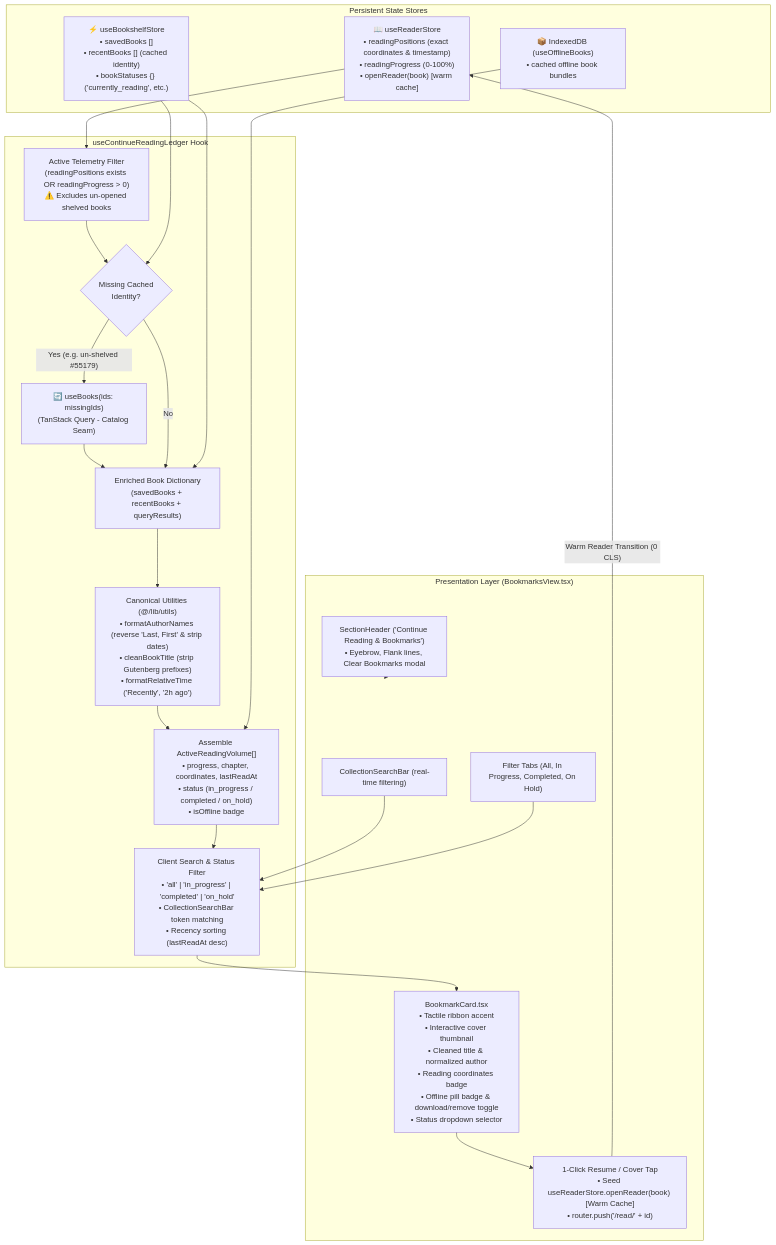
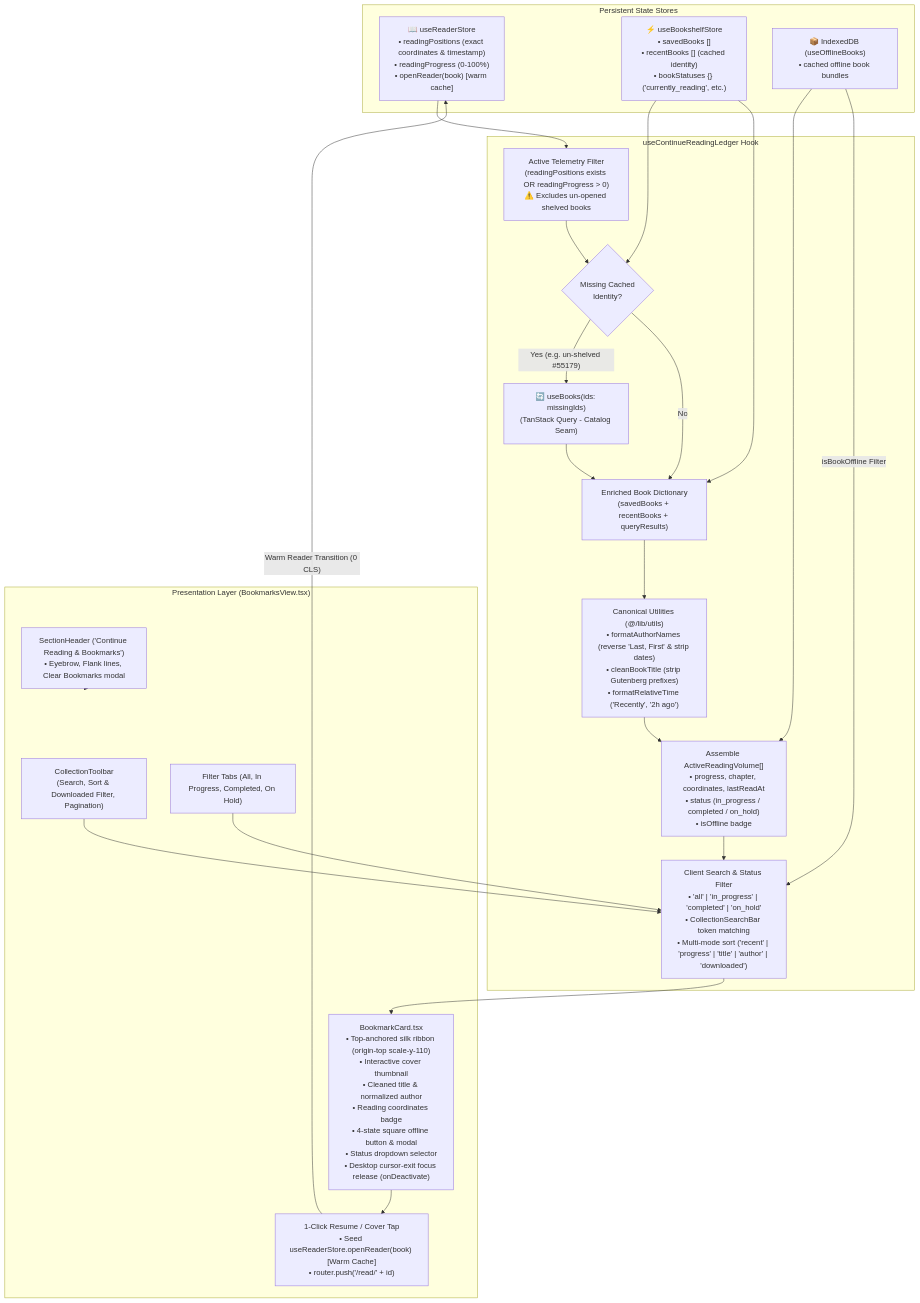
One commit to calin-m/Bookarium changed the third of 3 diagrams in README.md. Above: the diagram before and after it, drawn with Mermaid. The commit also changed other lines of this file and 61 other files, not shown here.

````diff
--- a/README.md
+++ b/README.md
@@ -420,44 +446,45 @@
 ```mermaid
 flowchart TD
     subgraph Storage ["Persistent State Stores"]
         RS["📖 useReaderStore\n• readingPositions (exact coordinates & timestamp)\n• readingProgress (0-100%)\n• openReader(book) [warm cache]"]
         BS["⚡ useBookshelfStore\n• savedBooks []\n• recentBooks [] (cached identity)\n• bookStatuses {} ('currently_reading', etc.)"]
         IDB["📦 IndexedDB (useOfflineBooks)\n• cached offline book bundles"]
     end
 
     subgraph LedgerHook ["useContinueReadingLedger Hook"]
         FilterActive["Active Telemetry Filter\n(readingPositions exists OR readingProgress > 0)\n⚠️ Excludes un-opened shelved books"]
         MissingCheck{"Missing Cached\nIdentity?"}
         QueryMissing["🔄 useBooks(ids: missingIds)\n(TanStack Query - Catalog Seam)"]
         EnrichDict["Enriched Book Dictionary\n(savedBooks + recentBooks + queryResults)"]
         Parser["Canonical Utilities (@/lib/utils)\n• formatAuthorNames (reverse 'Last, First' & strip dates)\n• cleanBookTitle (strip Gutenberg prefixes)\n• formatRelativeTime ('Recently', '2h ago')"]
         Assembly["Assemble ActiveReadingVolume[]\n• progress, chapter, coordinates, lastReadAt\n• status (in_progress / completed / on_hold)\n• isOffline badge"]
-        FilterSort["Client Search & Status Filter\n• 'all' | 'in_progress' | 'completed' | 'on_hold'\n• CollectionSearchBar token matching\n• Recency sorting (lastReadAt desc)"]
+        FilterSort["Client Search & Status Filter\n• 'all' | 'in_progress' | 'completed' | 'on_hold'\n• CollectionSearchBar token matching\n• Multi-mode sort ('recent' | 'progress' | 'title' | 'author' | 'downloaded')"]
     end
 
     subgraph UI ["Presentation Layer (BookmarksView.tsx)"]
         Header["SectionHeader ('Continue Reading & Bookmarks')\n• Eyebrow, Flank lines, Clear Bookmarks modal"]
-        Search["CollectionSearchBar (real-time filtering)"]
+        Search["CollectionToolbar\n(Search, Sort & Downloaded Filter, Pagination)"]
         Tabs["Filter Tabs (All, In Progress, Completed, On Hold)"]
-        Cards["BookmarkCard.tsx\n• Tactile ribbon accent\n• Interactive cover thumbnail\n• Cleaned title & normalized author\n• Reading coordinates badge\n• Offline pill badge & download/remove toggle\n• Status dropdown selector"]
+        Cards["BookmarkCard.tsx\n• Top-anchored silk ribbon (origin-top scale-y-110)\n• Interactive cover thumbnail\n• Cleaned title & normalized author\n• Reading coordinates badge\n• 4-state square offline button & modal\n• Status dropdown selector\n• Desktop cursor-exit focus release (onDeactivate)"]
         ResumeAction["1-Click Resume / Cover Tap\n• Seed useReaderStore.openReader(book) [Warm Cache]\n• router.push('/read/' + id)"]
     end
 
     RS --> FilterActive
     FilterActive --> MissingCheck
     BS --> MissingCheck
     MissingCheck -->|"Yes (e.g. un-shelved #55179)"| QueryMissing
     QueryMissing --> EnrichDict
     MissingCheck -->|"No"| EnrichDict
     BS --> EnrichDict
     EnrichDict --> Parser
     Parser --> Assembly
     IDB --> Assembly
+    IDB -->|"isBookOffline Filter"| FilterSort
     Assembly --> FilterSort
     FilterSort --> Cards
     Header --> UI
     Search --> FilterSort
     Tabs --> FilterSort
     Cards --> ResumeAction
     ResumeAction -->|"Warm Reader Transition (0 CLS)"| RS
 ```
````
